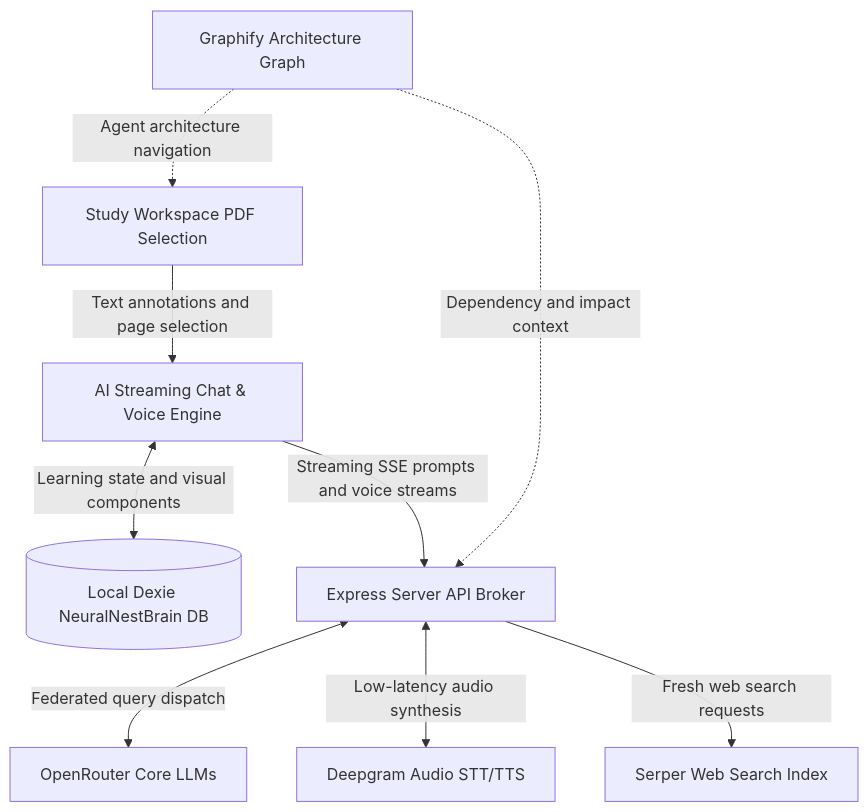
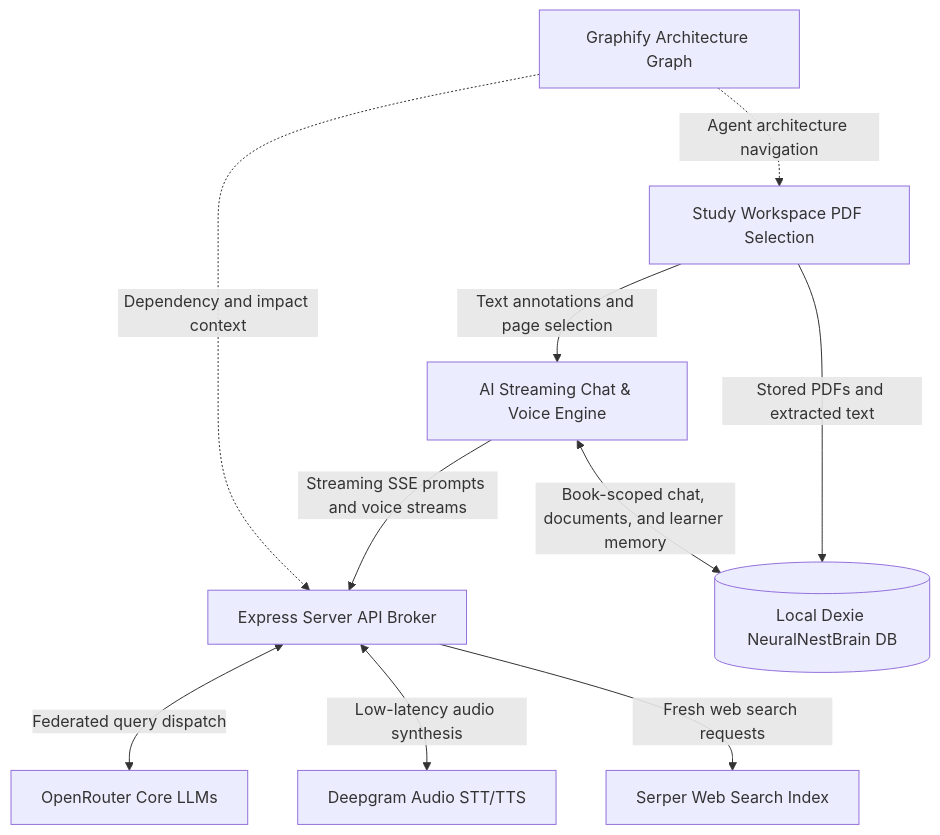
Before and after one commit to MohamedFuad16/Tutor-System: the diagram in README.md, drawn with Mermaid. The commit also changed other lines of this file and 42 other files, not shown here.

Commit message:
Implement book-scoped study sync

````diff
--- a/README.md
+++ b/README.md
@@ -107,20 +112,21 @@
 ```mermaid
 graph TD
     A[Study Workspace PDF Selection]
     B[AI Streaming Chat & Voice Engine]
     C[Express Server API Broker]
     D[(Local Dexie NeuralNestBrain DB)]
     E[OpenRouter Core LLMs]
     F[Deepgram Audio STT/TTS]
     G[Serper Web Search Index]
     H[Graphify Architecture Graph]
 
     A -->|Text annotations and page selection| B
-    B <-->|Learning state and visual components| D
+    A -->|Stored PDFs and extracted text| D
+    B <-->|Book-scoped chat, documents, and learner memory| D
     B -->|Streaming SSE prompts and voice streams| C
     C <-->|Federated query dispatch| E
     C <-->|Low-latency audio synthesis| F
     C -->|Fresh web search requests| G
     H -.->|Agent architecture navigation| A
     H -.->|Dependency and impact context| C
 ```
````
